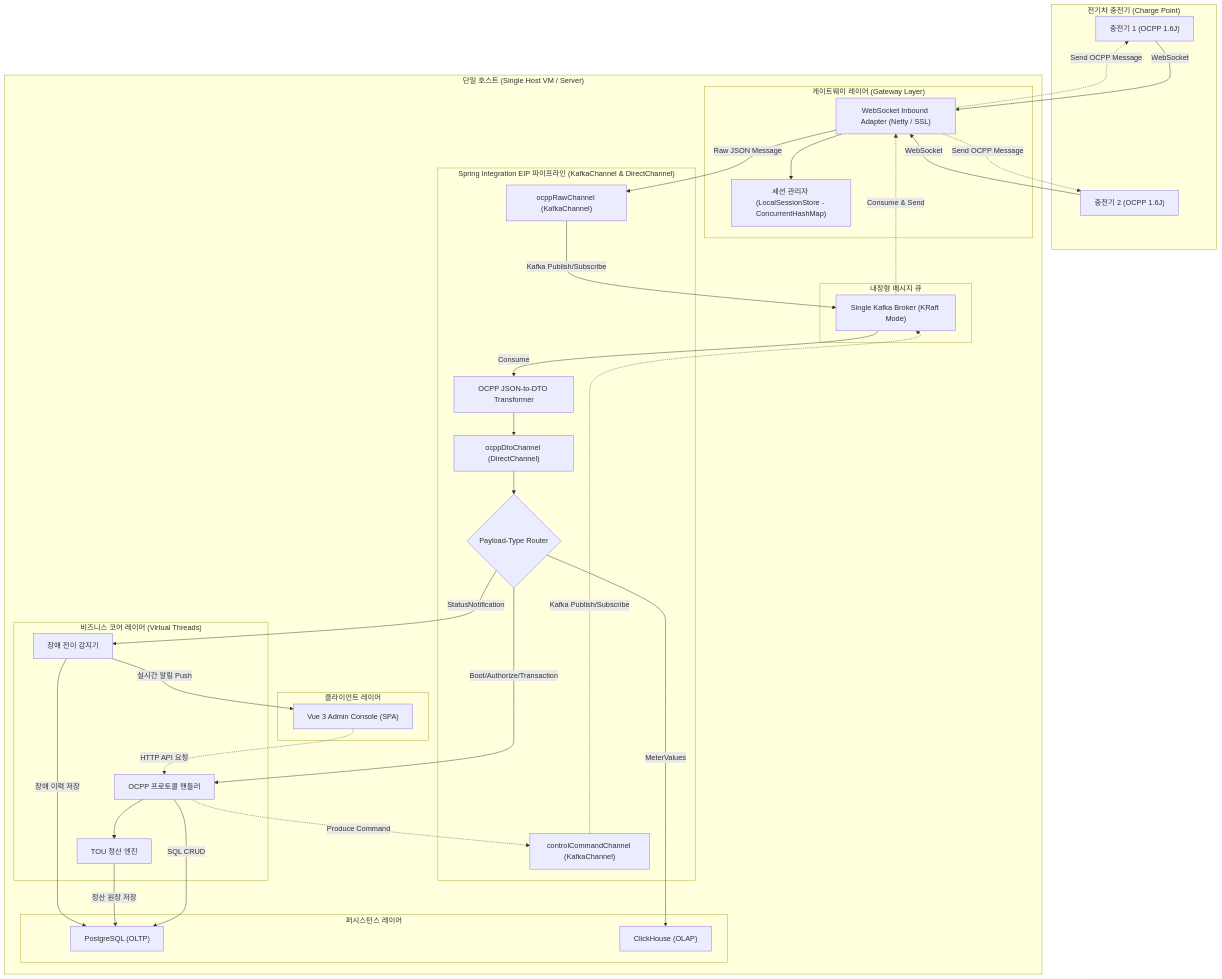
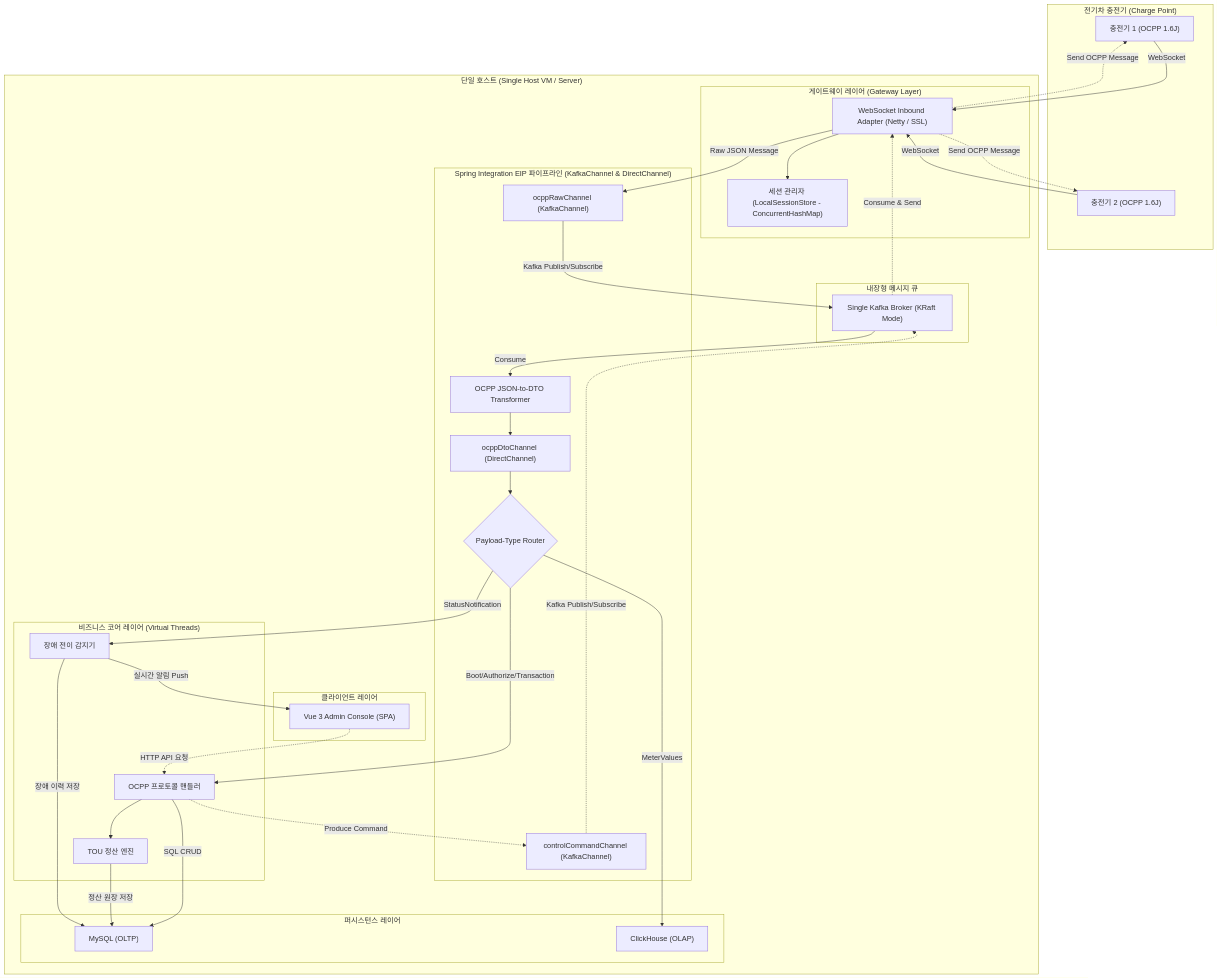
Before and after one commit to h2y-hyhong2/h2y-ocpp: the second of 10 diagrams in doc/02.open_source_sales/01.prd.md, drawn with Mermaid. The commit also changed other lines of this file and 7 other files, not shown here.

````diff
--- a/doc/02.open_source_sales/01.prd.md
+++ b/doc/02.open_source_sales/01.prd.md
@@ -63,67 +63,67 @@
 ```mermaid
 flowchart TB
     subgraph EVSE ["전기차 충전기 (Charge Point)"]
         CP1["충전기 1 (OCPP 1.6J)"]
         CP2["충전기 2 (OCPP 1.6J)"]
     end
 
     subgraph Host ["단일 호스트 (Single Host VM / Server)"]
 
         subgraph GW_Layer ["게이트웨이 레이어 (Gateway Layer)"]
             WSAdapter["WebSocket Inbound Adapter (Netty / SSL)"]
             SessionMgr["세션 관리자 (LocalSessionStore - ConcurrentHashMap)"]
         end
 
         subgraph SI_Bus ["Spring Integration EIP 파이프라인 (KafkaChannel & DirectChannel)"]
             RawCh["ocppRawChannel (KafkaChannel)"]
             Transformer["OCPP JSON-to-DTO Transformer"]
             DtoCh["ocppDtoChannel (DirectChannel)"]
             Router{"Payload-Type Router"}
             CtrlCh["controlCommandChannel (KafkaChannel)"]
         end
 
         subgraph Core ["비즈니스 코어 레이어 (Virtual Threads)"]
             OCPPHandler["OCPP 프로토콜 핸들러"]
             Settlement["TOU 정산 엔진"]
             FaultMgr["장애 전이 감지기"]
         end
 
         subgraph MQ ["내장형 메시지 큐"]
             Kafka["Single Kafka Broker (KRaft Mode)"]
         end
 
         subgraph DB ["퍼시스턴스 레이어"]
-            Postgres["PostgreSQL (OLTP)"]
+            MySQL["MySQL (OLTP)"]
             ClickHouse["ClickHouse (OLAP)"]
         end
 
         subgraph Admin ["클라이언트 레이어"]
             VueApp["Vue 3 Admin Console (SPA)"]
         end
     end
 
     %% 업링크 데이터 흐름 (충전기 → 시스템)
     CP1 -->|WebSocket| WSAdapter
     CP2 -->|WebSocket| WSAdapter
     WSAdapter --> SessionMgr
     WSAdapter -->|Raw JSON Message| RawCh
     RawCh -->|Kafka Publish/Subscribe| Kafka
     Kafka -->|Consume| Transformer
     Transformer --> DtoCh
     DtoCh --> Router
     Router -->|Boot/Authorize/Transaction| OCPPHandler
     Router -->|MeterValues| ClickHouse
     Router -->|StatusNotification| FaultMgr
     OCPPHandler --> Settlement
-    OCPPHandler -->|SQL CRUD| Postgres
-    Settlement -->|정산 원장 저장| Postgres
-    FaultMgr -->|장애 이력 저장| Postgres
+    OCPPHandler -->|SQL CRUD| MySQL
+    Settlement -->|정산 원장 저장| MySQL
+    FaultMgr -->|장애 이력 저장| MySQL
     FaultMgr -->|실시간 알림 Push| VueApp
 
     %% 다운링크 제어 흐름 (관리자 → 충전기)
     VueApp -.->|HTTP API 요청| OCPPHandler
     OCPPHandler -.->|Produce Command| CtrlCh
     CtrlCh -.->|Kafka Publish/Subscribe| Kafka
     Kafka -.->|Consume & Send| WSAdapter
     WSAdapter -.->|Send OCPP Message| CP1 & CP2
 ```
````
